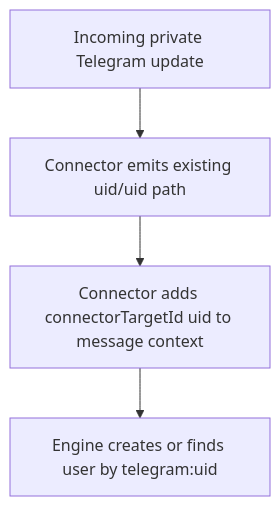
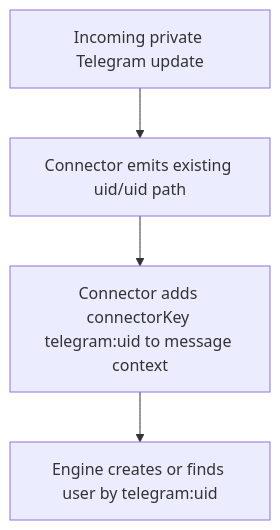
The diagram in doc/20260306-telegram-private-chat-routing.md (ex3ndr/daycare), drawn with Mermaid before and after one commit. The commit also changed other lines of this file and 33 other files, not shown here.

Commit message:
refactor: remove connector targetId concept

````diff
--- a/doc/20260306-telegram-private-chat-routing.md
+++ b/doc/20260306-telegram-private-chat-routing.md
@@ -11,6 +11,6 @@
 ```mermaid
 flowchart TD
     A[Incoming private Telegram update] --> B[Connector emits existing uid/uid path]
-    B --> C[Connector adds connectorTargetId uid to message context]
+    B --> C[Connector adds connectorKey telegram:uid to message context]
     C --> D[Engine creates or finds user by telegram:uid]
 ```
````
